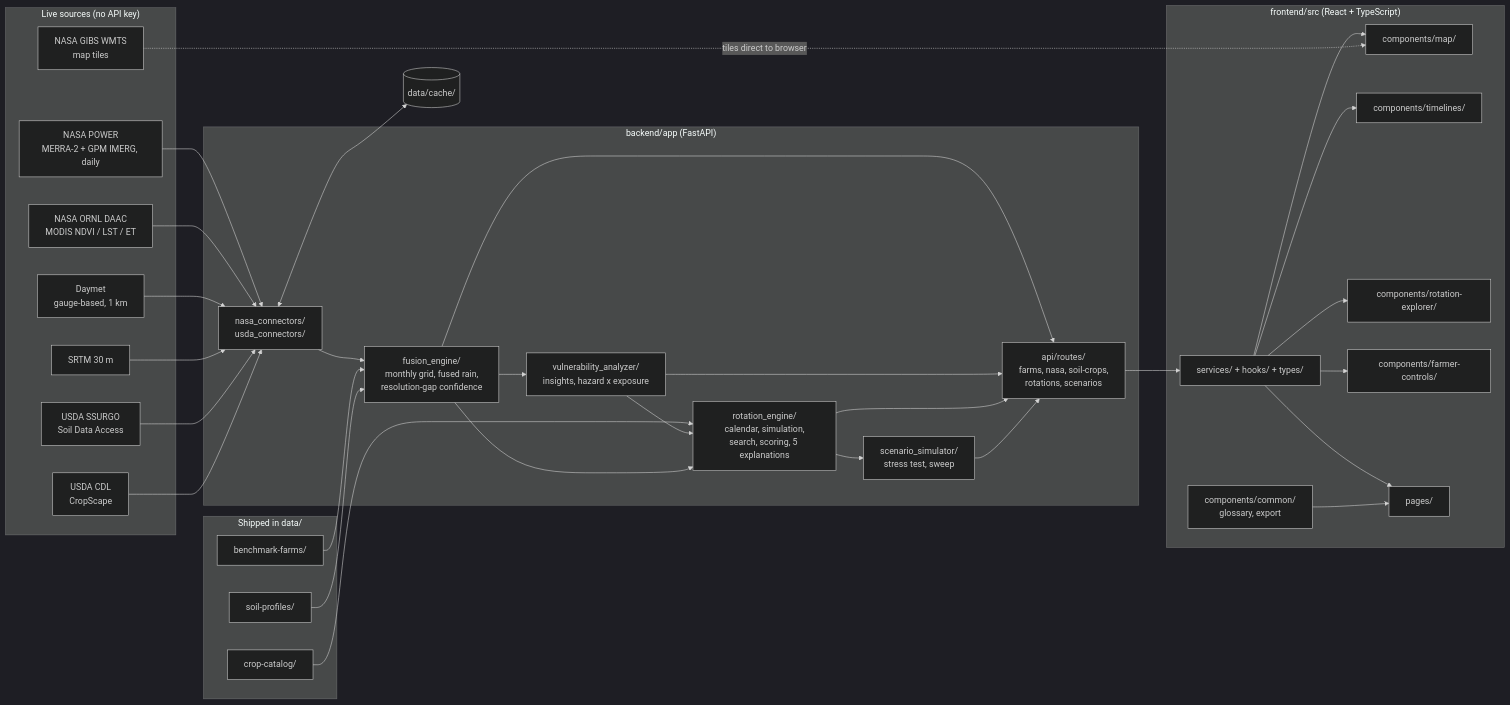
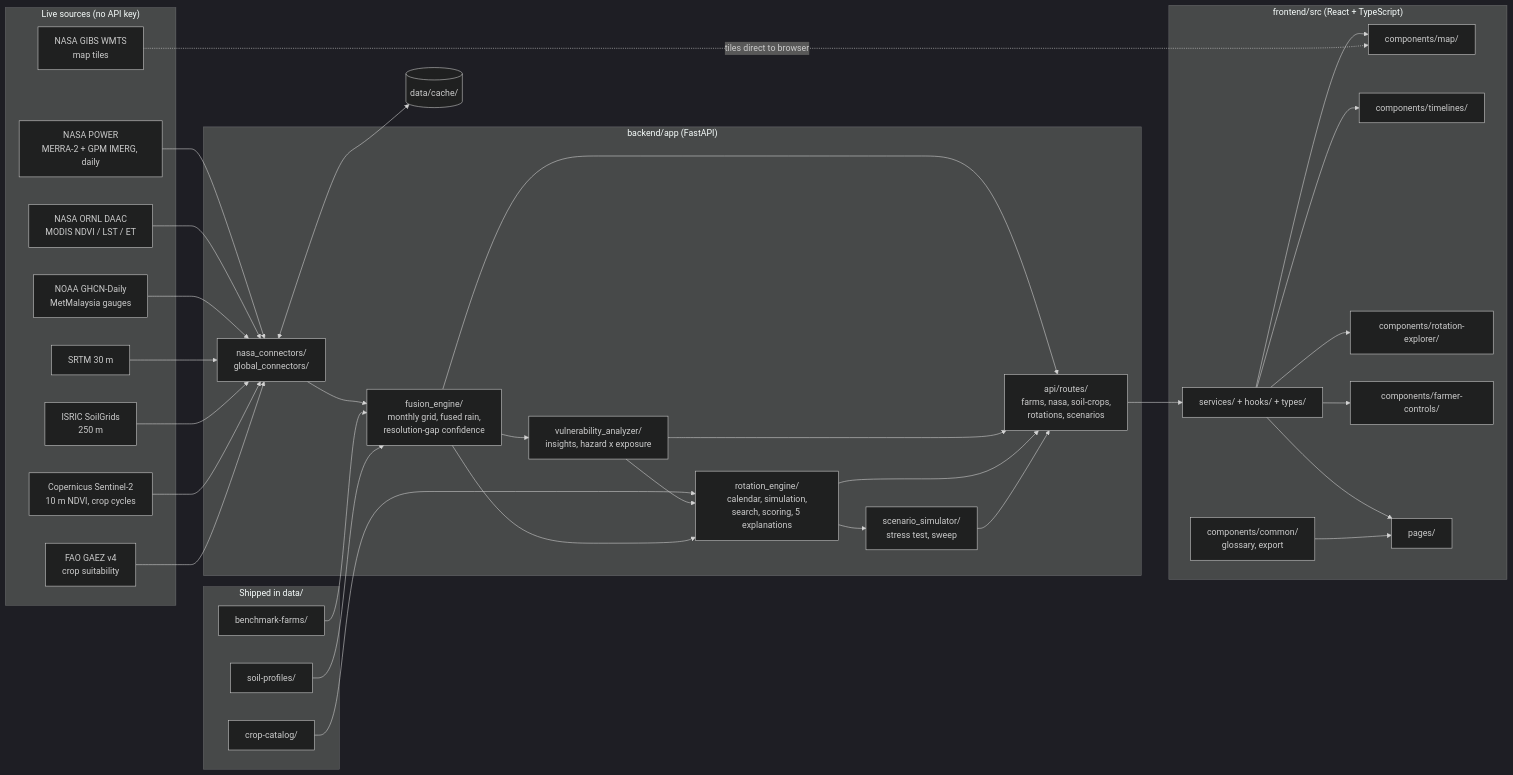
Before and after one commit to eaergfyl-maker/kebunda: the diagram in docs/architecture/README.md, drawn with Mermaid (dark theme). The commit also changed other lines of this file and 16 other files, not shown here.

Commit message:
docs: update API contracts, agronomy model formulas, architecture docs, and README for Malaysia

````diff
--- a/docs/architecture/README.md
+++ b/docs/architecture/README.md
@@ -5,48 +5,49 @@
 ```mermaid
 flowchart LR
   subgraph Sources["Live sources (no API key)"]
     POWER["NASA POWER<br/>MERRA-2 + GPM IMERG, daily"]
     ORNL["NASA ORNL DAAC<br/>MODIS NDVI / LST / ET"]
-    DAYMET["Daymet<br/>gauge-based, 1 km"]
+    GHCN["NOAA GHCN-Daily<br/>MetMalaysia gauges"]
     SRTM["SRTM 30 m"]
-    SDA["USDA SSURGO<br/>Soil Data Access"]
-    CDL["USDA CDL<br/>CropScape"]
+    SG["ISRIC SoilGrids<br/>250 m"]
+    S2["Copernicus Sentinel-2<br/>10 m NDVI, crop cycles"]
+    GAEZ["FAO GAEZ v4<br/>crop suitability"]
     GIBS["NASA GIBS WMTS<br/>map tiles"]
   end
   subgraph Curated["Shipped in data/"]
     FARMS["benchmark-farms/"]
     CROPS["crop-catalog/"]
     SOILS["soil-profiles/"]
   end
   subgraph Backend["backend/app (FastAPI)"]
-    CONN["nasa_connectors/<br/>usda_connectors/"]
+    CONN["nasa_connectors/<br/>global_connectors/"]
     FUSE["fusion_engine/<br/>monthly grid, fused rain,<br/>resolution-gap confidence"]
     VULN["vulnerability_analyzer/<br/>insights, hazard x exposure"]
     ROT["rotation_engine/<br/>calendar, simulation,<br/>search, scoring, 5 explanations"]
     SCEN["scenario_simulator/<br/>stress test, sweep"]
     API["api/routes/<br/>farms, nasa, soil-crops,<br/>rotations, scenarios"]
   end
   subgraph Frontend["frontend/src (React + TypeScript)"]
     SVC["services/ + hooks/ + types/"]
     MAP["components/map/"]
     TL["components/timelines/"]
     RX["components/rotation-explorer/"]
     FC["components/farmer-controls/"]
     CM["components/common/<br/>glossary, export"]
     PG["pages/"]
   end
   CACHE[("data/cache/")]
 
-  POWER & ORNL & DAYMET & SRTM & SDA & CDL --> CONN
+  POWER & ORNL & GHCN & SRTM & SG & S2 & GAEZ --> CONN
   CONN <--> CACHE
   CONN --> FUSE
   FARMS & SOILS --> FUSE
   CROPS --> ROT
   FUSE --> VULN --> ROT
   FUSE --> ROT --> SCEN
   FUSE & VULN & ROT & SCEN --> API
   API --> SVC
   SVC --> MAP & TL & RX & FC & PG
   GIBS -. tiles direct to browser .-> MAP
   CM --> PG
 ```
````
